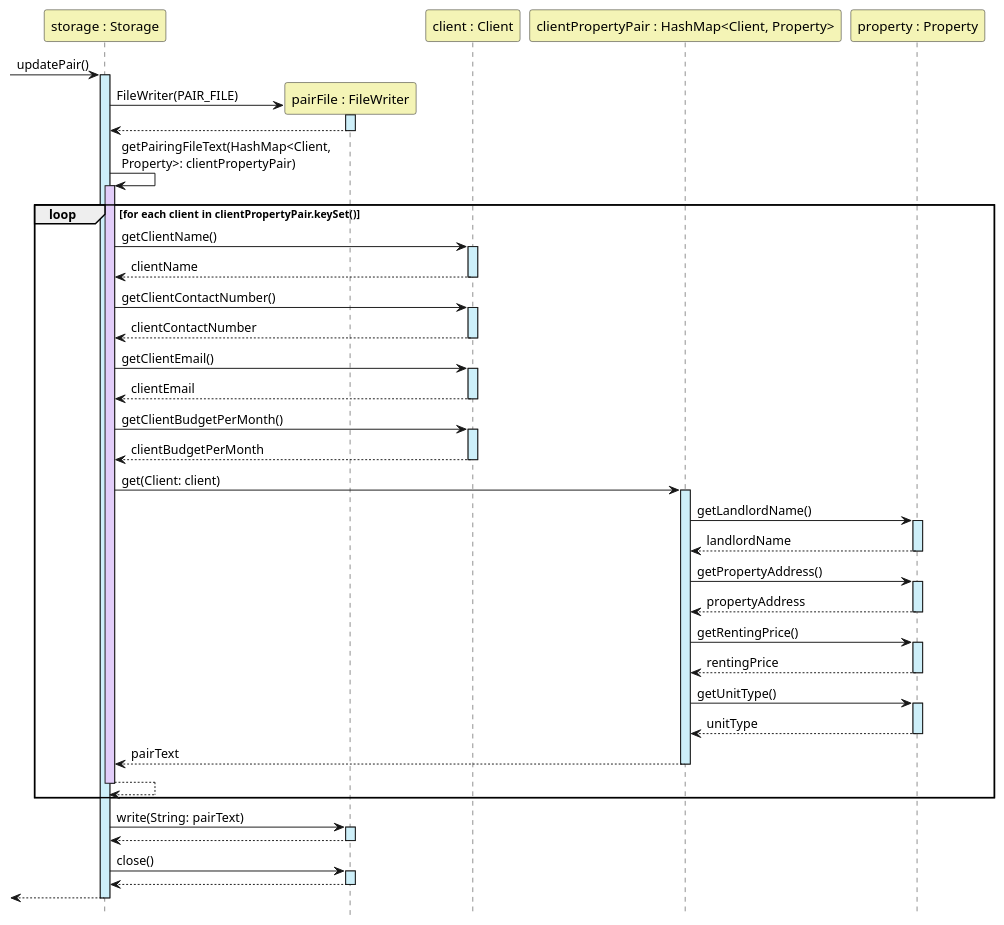
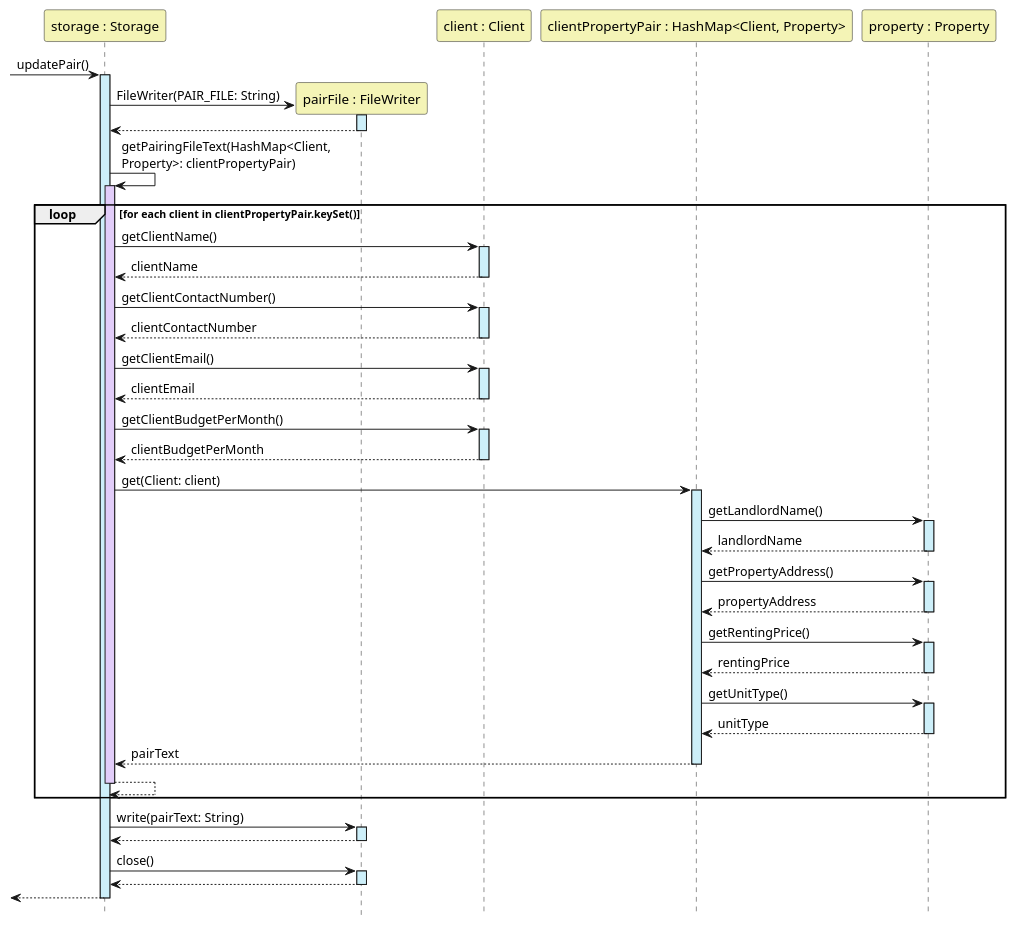
Before and after one commit to nus-cs2113-AY2223S1/tp: the diagram in docs/diagrams/PlantUML File/StorageUpdatePairSequenceDiagram.puml, drawn with PlantUML. The commit also changed 16 other files, not shown here.

Commit message:
Update Developer Guide with Find feature and fix incorrect UML diagram

```diff
--- a/docs/diagrams/PlantUML File/StorageUpdatePairSequenceDiagram.puml
+++ b/docs/diagrams/PlantUML File/StorageUpdatePairSequenceDiagram.puml
@@ -1,71 +1,71 @@
 @startuml
 'https://plantuml.com/sequence-diagram
 
 hide footbox
 Participant "storage : Storage" as Storage #F4F4B6
 Participant "pairFile : FileWriter" as FileWriter #F4F4B6
 Participant "client : Client" as Client #F4F4B6
 Participant "clientPropertyPair : HashMap<Client, Property>" as ClientPropertyPair #F4F4B6
 Participant "property : Property" as Property #F4F4B6
 
 
 ->Storage:updatePair()
 activate Storage #CDEFF9
 create FileWriter
 
-Storage -> FileWriter:FileWriter(PAIR_FILE)
+Storage -> FileWriter:FileWriter(PAIR_FILE: String)
 activate FileWriter #CDEFF9
 return
 
 Storage->Storage:getPairingFileText(HashMap<Client, \nProperty>: clientPropertyPair)
 activate Storage #E2CDF9
     loop for each client in clientPropertyPair.keySet()
         Storage->Client:getClientName()
         activate Client #CDEFF9
         return clientName
 
         Storage->Client:getClientContactNumber()
         activate Client #CDEFF9
         return clientContactNumber
 
         Storage->Client:getClientEmail()
         activate Client #CDEFF9
         return clientEmail
 
         Storage->Client:getClientBudgetPerMonth()
         activate Client #CDEFF9
         return clientBudgetPerMonth
 
         Storage->ClientPropertyPair:get(Client: client)
         activate ClientPropertyPair #CDEFF9
 
         ClientPropertyPair->Property:getLandlordName()
         activate Property #CDEFF9
         return landlordName
 
         ClientPropertyPair->Property:getPropertyAddress()
         activate Property #CDEFF9
         return propertyAddress
 
         ClientPropertyPair->Property:getRentingPrice()
         activate Property #CDEFF9
         return rentingPrice
 
         ClientPropertyPair->Property:getUnitType()
         activate Property #CDEFF9
         return unitType
         return pairText
         return
     end
 
-Storage->FileWriter:write(String: pairText)
+Storage->FileWriter:write(pairText: String)
 activate FileWriter #CDEFF9
 return
 
 Storage->FileWriter:close()
 activate FileWriter #CDEFF9
 return
 return
 
 
 @enduml
```
